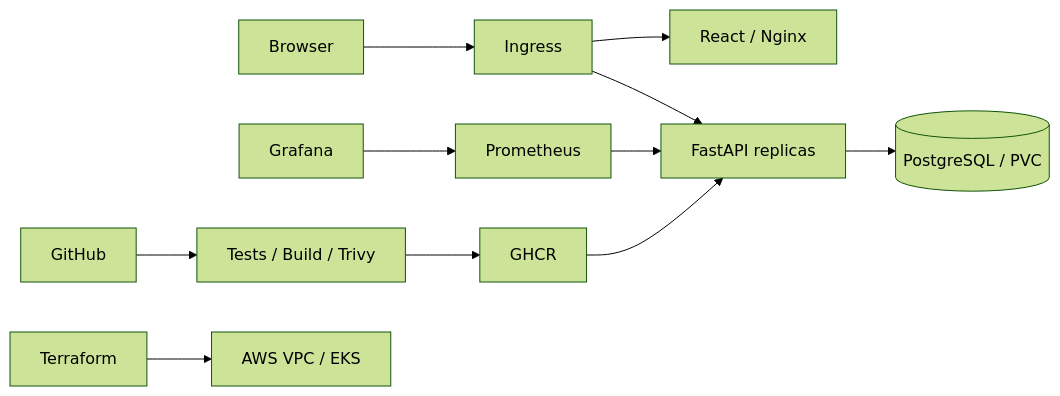
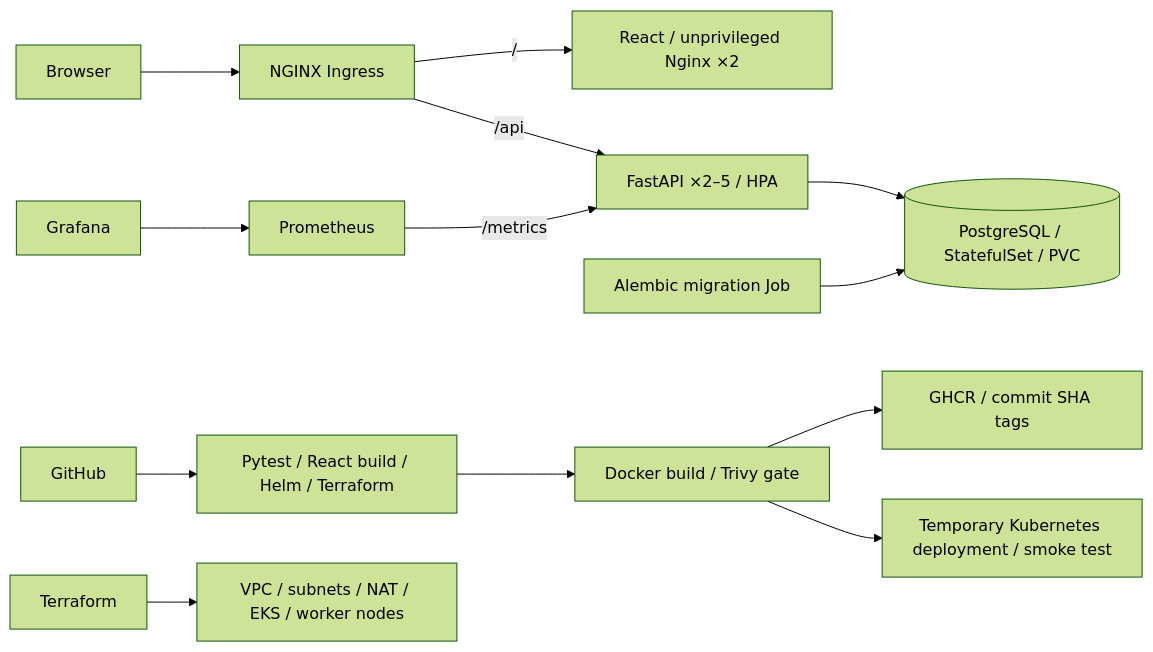
The diagram in README.md (praneethb7/CampusCrate), drawn with Mermaid (forest theme) before and after one commit. The commit also changed other lines of this file and 7 other files, not shown here.

````diff
--- a/README.md
+++ b/README.md
@@ -9,13 +20,15 @@
 ```mermaid
 flowchart LR
-  Browser --> Ingress
-  Ingress --> Frontend[React / Nginx]
-  Ingress --> API[FastAPI replicas]
-  API --> DB[(PostgreSQL / PVC)]
-  Prometheus --> API
+  Browser --> Ingress[NGINX Ingress]
+  Ingress -->|/| Frontend[React / unprivileged Nginx ×2]
+  Ingress -->|/api| Backend[FastAPI ×2–5 / HPA]
+  Backend --> DB[(PostgreSQL / StatefulSet / PVC)]
+  Migration[Alembic migration Job] --> DB
+  Prometheus -->|/metrics| Backend
   Grafana --> Prometheus
-  GitHub --> Actions[Tests / Build / Trivy]
-  Actions --> GHCR
-  GHCR --> API
-  Terraform --> EKS[AWS VPC / EKS]
+  GitHub --> Tests[Pytest / React build / Helm / Terraform]
+  Tests --> Build[Docker build / Trivy gate]
+  Build --> GHCR[GHCR / commit SHA tags]
+  Build --> Kind[Temporary Kubernetes deployment / smoke test]
+  Terraform --> AWS[VPC / subnets / NAT / EKS / worker nodes]
 ```
````
